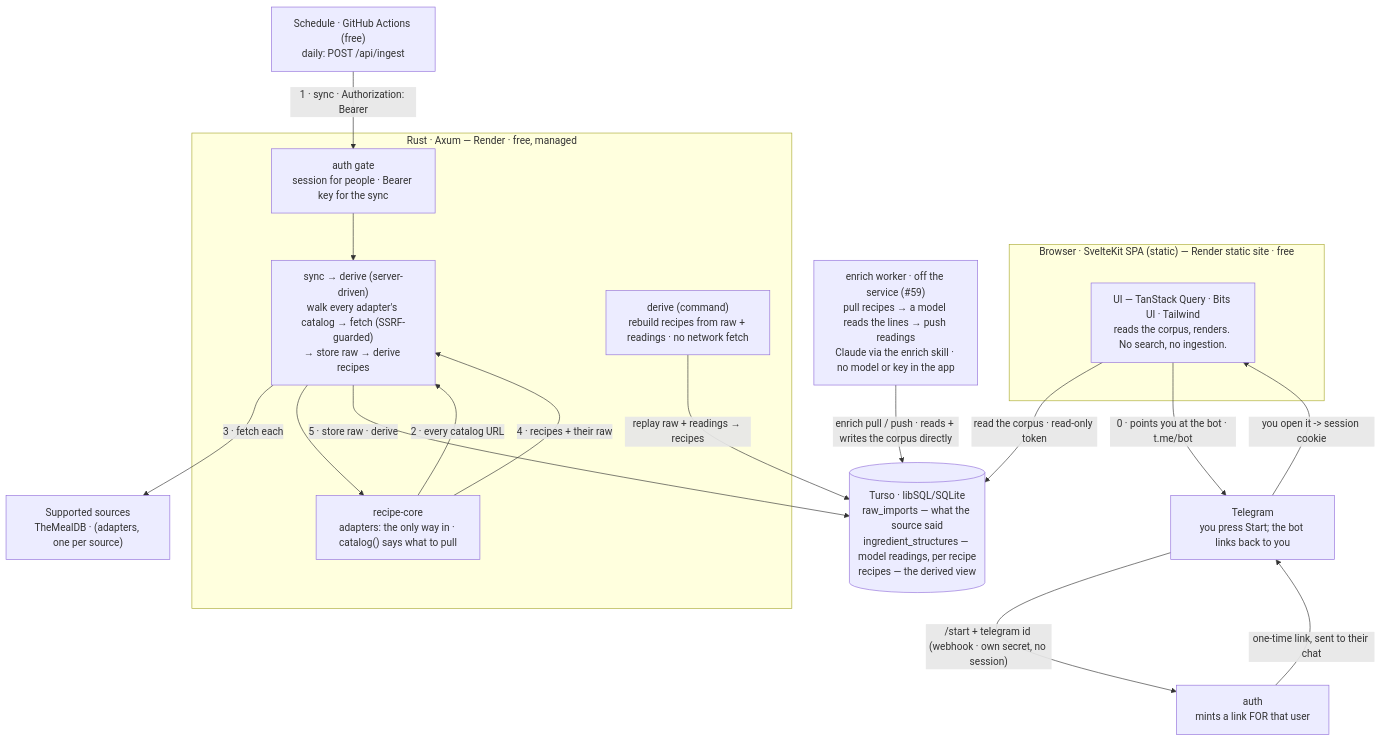
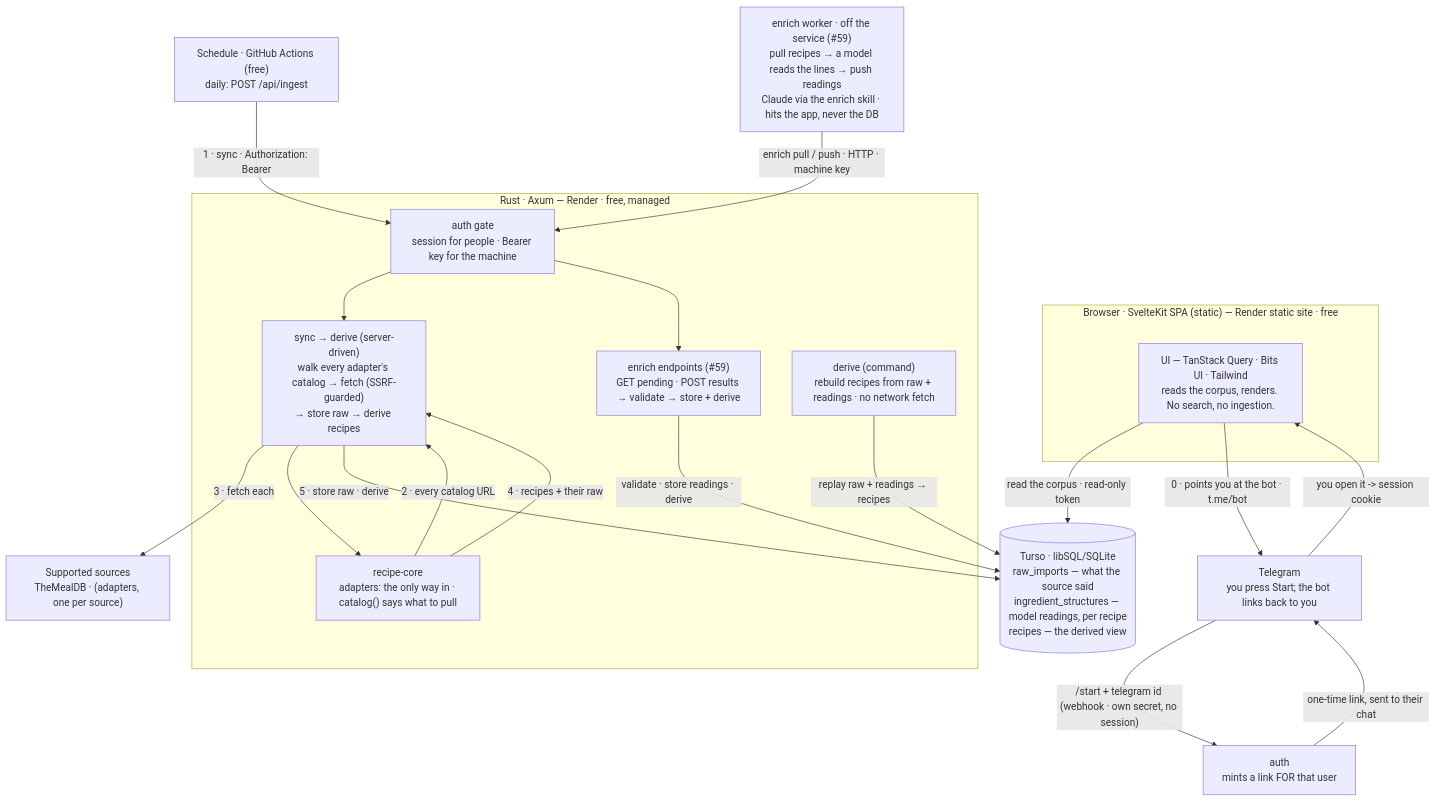
One commit to thedavidmeister/recipes changed the diagram in README.md. Above: the diagram before and after it, drawn with Mermaid. The commit also changed other lines of this file and 7 other files, not shown here.

First line of the commit message:
Enrichment worker hits the app over HTTP, not the DB directly (#59)

````diff
--- a/README.md
+++ b/README.md
@@ -10,37 +10,40 @@
 ```mermaid
 flowchart TD
     subgraph browser["Browser · SvelteKit SPA (static) — Render static site · free"]
         ui["UI — TanStack Query · Bits UI · Tailwind<br/>reads the corpus, renders. No search, no ingestion."]
     end
 
     cron["Schedule · GitHub Actions (free)<br/>daily: POST /api/ingest"]
 
     subgraph render["Rust · Axum — Render · free, managed"]
-        gate["auth gate<br/>session for people · Bearer key for the sync"]
+        gate["auth gate<br/>session for people · Bearer key for the machine"]
         ingest["sync → derive (server-driven)<br/>walk every adapter's catalog → fetch (SSRF-guarded)<br/>→ store raw → derive recipes"]
+        enrichep["enrich endpoints (#59)<br/>GET pending · POST results → validate → store + derive"]
         core["recipe-core<br/>adapters: the only way in · catalog() says what to pull"]
         derivecmd["derive (command)<br/>rebuild recipes from raw + readings · no network fetch"]
     end
 
-    worker["enrich worker · off the service (#59)<br/>pull recipes → a model reads the lines → push readings<br/>Claude via the enrich skill · no model or key in the app"]
+    worker["enrich worker · off the service (#59)<br/>pull recipes → a model reads the lines → push readings<br/>Claude via the enrich skill · hits the app, never the DB"]
 
     tg["Telegram<br/>you press Start; the bot links back to you"]
 
     turso[("Turso · libSQL/SQLite<br/>raw_imports — what the source said<br/>ingredient_structures — model readings, per recipe<br/>recipes — the derived view")]
     ext["Supported sources<br/>TheMealDB · (adapters, one per source)"]
 
     ui -->|"read the corpus · read-only token"| turso
     ui -->|"0 · points you at the bot · t.me/bot"| tg
     tg -->|"/start + telegram id (webhook · own secret, no session)"| wh["auth<br/>mints a link FOR that user"]
     wh -->|"one-time link, sent to their chat"| tg
     tg -->|"you open it -> session cookie"| ui
     cron -->|"1 · sync · Authorization: Bearer"| gate
     gate --> ingest
     core -->|"2 · every catalog URL"| ingest
     ingest -->|"3 · fetch each"| ext
     ingest --> core
     core -->|"4 · recipes + their raw"| ingest
     ingest -->|"5 · store raw · derive"| turso
-    worker -->|"enrich pull / push · reads + writes the corpus directly"| turso
+    worker -->|"enrich pull / push · HTTP · machine key"| gate
+    gate --> enrichep
+    enrichep -->|"validate · store readings · derive"| turso
     derivecmd -->|"replay raw + readings → recipes"| turso
 ```
````
